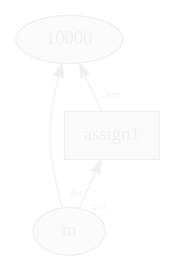
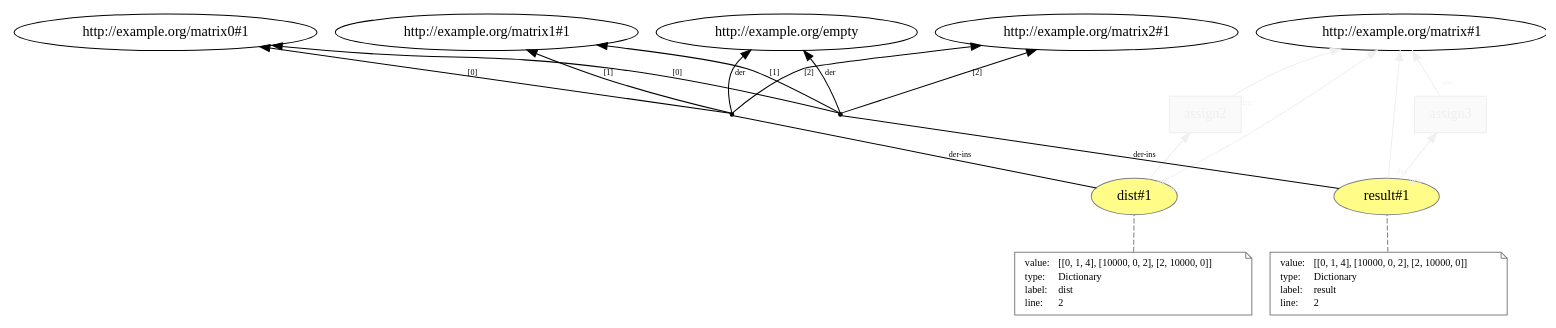
One commit to dew-uff/versioned-prov changed the diagram in generated/prov_dictionary/temp/L2__assign.dot. Above: the diagram before and after it, drawn with Graphviz. The commit also changed 2643 other files, not shown here.

```diff
--- a/generated/prov_dictionary/temp/L2__assign.dot
+++ b/generated/prov_dictionary/temp/L2__assign.dot
@@ -1,8 +1,62 @@
 digraph "PROV" { size="16,12"; rankdir="BT";
-"http://example.org/10000" [fillcolor="#FAFAFA",color="#F0F0F0",style="filled",fontcolor="#F0F0F0",label="10000",URL="http://example.org/10000"]
-"http://example.org/m" [fillcolor="#FAFAFA",color="#F0F0F0",style="filled",fontcolor="#F0F0F0",label="m",URL="http://example.org/m"]
-"http://example.org/assign1" [fillcolor="#FAFAFA",color="#F0F0F0",shape="polygon",sides="4",style="filled",fontcolor="#F0F0F0",label="assign1",URL="http://example.org/assign1"]
-"http://example.org/m" -> "http://example.org/10000" [labelfontsize="8",labeldistance="1.5",labelangle="60.0",rotation="20",taillabel="der",fontcolor="#F0F0F0",color="#F0F0F0"]
-"http://example.org/assign1" -> "http://example.org/10000" [labelfontsize="8",labeldistance="1.5",labelangle="60.0",rotation="20",taillabel="use",fontcolor="#F0F0F0",color="#F0F0F0"]
-"http://example.org/m" -> "http://example.org/assign1" [labelfontsize="8",labeldistance="1.5",labelangle="60.0",rotation="20",taillabel="gen",fontcolor="#F0F0F0",color="#F0F0F0"]
+"http://example.org/dist#1" [fillcolor="#FFFC87",color="#808080",style="filled",label="dist#1",URL="http://example.org/dist#1"]
+"-attrs0" [color="gray",shape="note",fontsize="10",fontcolor="black",label=<<TABLE cellpadding="0" border="0">
+	<TR>
+	    <TD align="left">value:</TD>
+	    <TD align="left">[[0, 1, 4], [10000, 0, 2], [2, 10000, 0]]</TD>
+	</TR>
+	<TR>
+	    <TD align="left">type:</TD>
+	    <TD align="left">Dictionary</TD>
+	</TR>
+	<TR>
+	    <TD align="left">label:</TD>
+	    <TD align="left">dist</TD>
+	</TR>
+	<TR>
+	    <TD align="left">line:</TD>
+	    <TD align="left">2</TD>
+	</TR>
+</TABLE>>]
+"-attrs0" -> "http://example.org/dist#1" [color="gray",style="dashed",arrowhead="none"]
+"bn0" [shape="point",label=""]
+"http://example.org/dist#1" -> "bn0" [fontsize="8",distance="1.5",angle="60.0",rotation="20",label="der-ins",arrowhead="none"]
+"bn0" -> "http://example.org/empty" [fontsize="8",distance="1.5",angle="60.0",rotation="20",label="der"]
+"bn0" -> "http://example.org/matrix0#1" [fontsize="8",distance="1.5",angle="60.0",rotation="20",label="[0]"]
+"bn0" -> "http://example.org/matrix1#1" [fontsize="8",distance="1.5",angle="60.0",rotation="20",label="[1]"]
+"bn0" -> "http://example.org/matrix2#1" [fontsize="8",distance="1.5",angle="60.0",rotation="20",label="[2]"]
+"http://example.org/assign2" [fillcolor="#FAFAFA",color="#F0F0F0",shape="polygon",sides="4",style="filled",fontcolor="#F0F0F0",label="assign2",URL="http://example.org/assign2"]
+"http://example.org/dist#1" -> "http://example.org/matrix#1" [labelfontsize="8",labeldistance="1.5",labelangle="60.0",rotation="20",taillabel="der",fontcolor="#F0F0F0",color="#F0F0F0"]
+"http://example.org/result#1" [fillcolor="#FFFC87",color="#808080",style="filled",label="result#1",URL="http://example.org/result#1"]
+"-attrs1" [color="gray",shape="note",fontsize="10",fontcolor="black",label=<<TABLE cellpadding="0" border="0">
+	<TR>
+	    <TD align="left">value:</TD>
+	    <TD align="left">[[0, 1, 4], [10000, 0, 2], [2, 10000, 0]]</TD>
+	</TR>
+	<TR>
+	    <TD align="left">type:</TD>
+	    <TD align="left">Dictionary</TD>
+	</TR>
+	<TR>
+	    <TD align="left">label:</TD>
+	    <TD align="left">result</TD>
+	</TR>
+	<TR>
+	    <TD align="left">line:</TD>
+	    <TD align="left">2</TD>
+	</TR>
+</TABLE>>]
+"-attrs1" -> "http://example.org/result#1" [color="gray",style="dashed",arrowhead="none"]
+"bn1" [shape="point",label=""]
+"http://example.org/result#1" -> "bn1" [fontsize="8",distance="1.5",angle="60.0",rotation="20",label="der-ins",arrowhead="none"]
+"bn1" -> "http://example.org/empty" [fontsize="8",distance="1.5",angle="60.0",rotation="20",label="der"]
+"bn1" -> "http://example.org/matrix0#1" [fontsize="8",distance="1.5",angle="60.0",rotation="20",label="[0]"]
+"bn1" -> "http://example.org/matrix1#1" [fontsize="8",distance="1.5",angle="60.0",rotation="20",label="[1]"]
+"bn1" -> "http://example.org/matrix2#1" [fontsize="8",distance="1.5",angle="60.0",rotation="20",label="[2]"]
+"http://example.org/assign3" [fillcolor="#FAFAFA",color="#F0F0F0",shape="polygon",sides="4",style="filled",fontcolor="#F0F0F0",label="assign3",URL="http://example.org/assign3"]
+"http://example.org/result#1" -> "http://example.org/matrix#1" [labelfontsize="8",labeldistance="1.5",labelangle="60.0",rotation="20",taillabel="der",fontcolor="#F0F0F0",color="#F0F0F0"]
+"http://example.org/assign2" -> "http://example.org/matrix#1" [labelfontsize="8",labeldistance="1.5",labelangle="60.0",rotation="20",taillabel="use",fontcolor="#F0F0F0",color="#F0F0F0"]
+"http://example.org/assign3" -> "http://example.org/matrix#1" [labelfontsize="8",labeldistance="1.5",labelangle="60.0",rotation="20",taillabel="use",fontcolor="#F0F0F0",color="#F0F0F0"]
+"http://example.org/result#1" -> "http://example.org/assign3" [labelfontsize="8",labeldistance="1.5",labelangle="60.0",rotation="20",taillabel="gen",fontcolor="#F0F0F0",color="#F0F0F0"]
+"http://example.org/dist#1" -> "http://example.org/assign2" [labelfontsize="8",labeldistance="1.5",labelangle="60.0",rotation="20",taillabel="gen",fontcolor="#F0F0F0",color="#F0F0F0"]
 }
```
